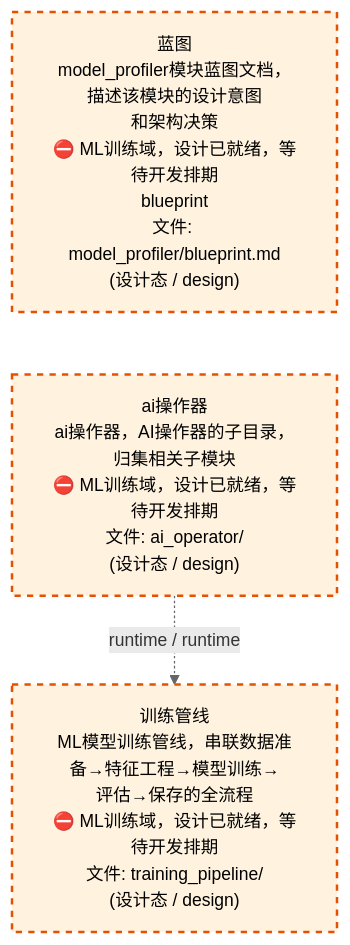
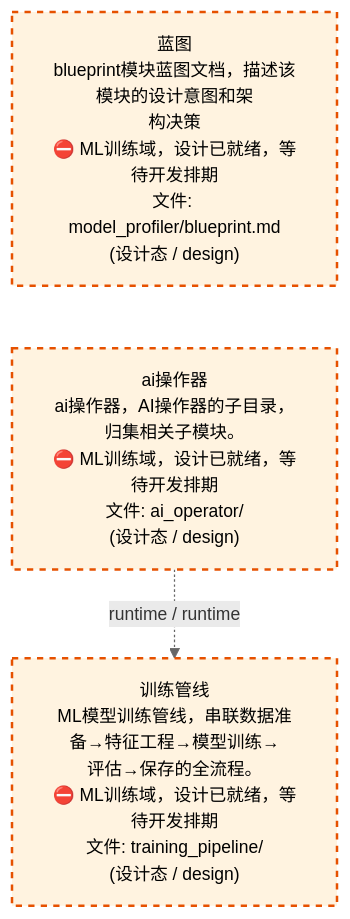
The third of 4 diagrams in docs/02_enterprise_architecture/02_domain_architecture_docs/61_d_ml_train.md (xuanFelixVan/ZephyrAlpha), drawn with Mermaid before and after one commit. The commit also changed other lines of this file and 58 other files, not shown here.

````diff
--- a/docs/02_enterprise_architecture/02_domain_architecture_docs/61_d_ml_train.md
+++ b/docs/02_enterprise_architecture/02_domain_architecture_docs/61_d_ml_train.md
@@ -119,14 +119,14 @@
 ```mermaid
 %%{init: {'theme': 'base', 'themeVariables': {'primaryColor': '#eaeaea', 'primaryTextColor': '#333333', 'primaryBorderColor': '#666666', 'lineColor': '#666666', 'secondaryColor': '#eaeaea', 'tertiaryColor': '#eaeaea', 'fontSize': '14px'}}}%%
 flowchart TD
-    docs_03_modules_cross_layer_model_profiler_blueprint_md["蓝图<br/>model_profiler模块蓝图文档，描述该模块的设计意图<br/>和架构决策<br/>⛔ ML训练域，设计已就绪，等待开发排期<br/>blueprint<br/>文件: model_profiler/blueprint.md<br/>(设计态 / design)"]
-    src_zephyr_ml_train_ai_operator["ai操作器<br/>ai操作器，AI操作器的子目录，归集相关子模块<br/>⛔ ML训练域，设计已就绪，等待开发排期<br/>文件: ai_operator/<br/>(设计态 / design)"]
+    docs_03_modules_cross_layer_model_profiler_blueprint_md["蓝图<br/>blueprint模块蓝图文档，描述该模块的设计意图和架<br/>构决策<br/>⛔ ML训练域，设计已就绪，等待开发排期<br/>文件: model_profiler/blueprint.md<br/>(设计态 / design)"]
+    src_zephyr_ml_train_ai_operator["ai操作器<br/>ai操作器，AI操作器的子目录，归集相关子模块。<br/>⛔ ML训练域，设计已就绪，等待开发排期<br/>文件: ai_operator/<br/>(设计态 / design)"]
     docs_03_modules_cross_layer_model_profiler_blueprint_md ~~~ src_zephyr_ml_train_ai_operator
-    src_zephyr_ml_train_training_pipeline["训练管线<br/>ML模型训练管线，串联数据准备→特征工程→模型训练→<br/>评估→保存的全流程<br/>⛔ ML训练域，设计已就绪，等待开发排期<br/>文件: training_pipeline/<br/>(设计态 / design)"]
+    src_zephyr_ml_train_training_pipeline["训练管线<br/>ML模型训练管线，串联数据准备→特征工程→模型训练→<br/>评估→保存的全流程。<br/>⛔ ML训练域，设计已就绪，等待开发排期<br/>文件: training_pipeline/<br/>(设计态 / design)"]
     src_zephyr_ml_train_ai_operator -.->|runtime / runtime| src_zephyr_ml_train_training_pipeline
     classDef production fill:#e1f5fe,stroke:#01579b,stroke-width:2px,color:#000
     classDef design fill:#fff3e0,stroke:#e65100,stroke-width:2px,color:#000,stroke-dasharray: 5 5
     classDef external_prod fill:#e8f4fd,stroke:#0277bd,stroke-width:1px,color:#000
     classDef external_design fill:#fff8e7,stroke:#ef6c00,stroke-width:1px,color:#000,stroke-dasharray: 5 5
     class docs_03_modules_cross_layer_model_profiler_blueprint_md,src_zephyr_ml_train_ai_operator,src_zephyr_ml_train_training_pipeline design
 ```
````
